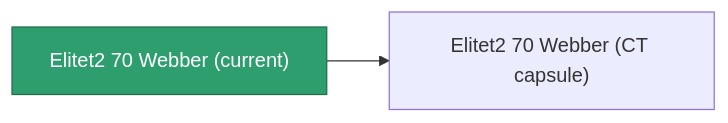
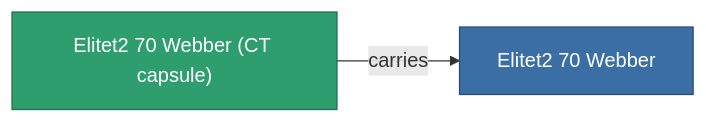
Before and after one commit to OpenPerpetuum/Wiki: the diagram in content/content/items/elitet2_70_webber.md, drawn with Mermaid. The commit also changed other lines of this file and 2015 other files, not shown here.

````diff
--- a/content/content/items/elitet2_70_webber.md
+++ b/content/content/items/elitet2_70_webber.md
@@ -38,8 +38,9 @@
 ```mermaid
 graph LR
-    a["Elitet2 70 Webber (current)"]:::current
-    b["Elitet2 70 Webber (CT capsule)"]
-    a --> b
-    click b "/content/items/elitet2-70-webber-ct-capsule/" "Elitet2 70 Webber (CT capsule)"
+    a["Elitet2 70 Webber (CT capsule)"]:::current
+    b["Elitet2 70 Webber"]:::finished
+    a -->|carries| b
+                click b "/content/items/elitet2-70-webber/" "Elitet2 70 Webber"
     classDef current fill:#2f9e6f,stroke:#1f6f4a,color:#ffffff
+    classDef finished fill:#3b6ea5,stroke:#274a75,color:#ffffff
 ```
````
